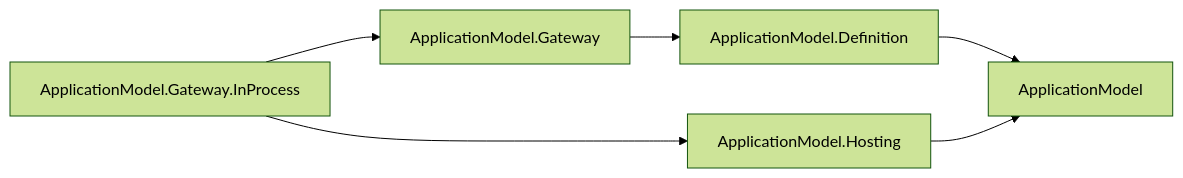
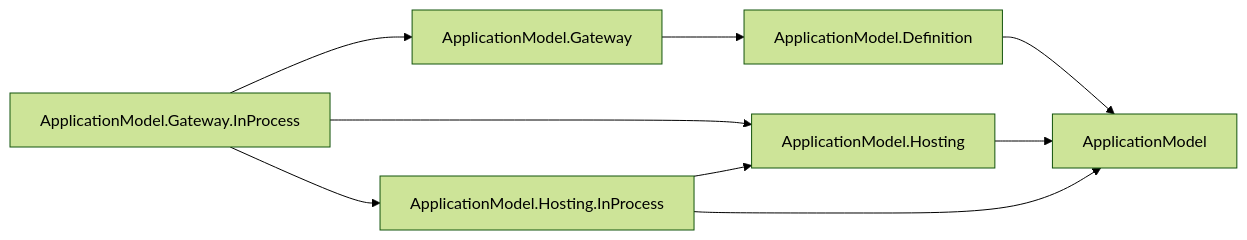
Before and after one commit to assimalign/cohesion: the second of 27 diagrams in docs/DEPENDENCIES.md, drawn with Mermaid (forest theme). The commit also changed other lines of this file and 126 other files, not shown here.

````diff
--- a/docs/DEPENDENCIES.md
+++ b/docs/DEPENDENCIES.md
@@ -157,13 +157,17 @@
 ```mermaid
 flowchart LR
     N0["ApplicationModel"]
     N1["ApplicationModel.Definition"]
     N2["ApplicationModel.Gateway"]
     N3["ApplicationModel.Gateway.InProcess"]
     N4["ApplicationModel.Hosting"]
+    N5["ApplicationModel.Hosting.InProcess"]
     N1 --> N0
     N2 --> N1
     N3 --> N2
     N3 --> N4
+    N3 --> N5
     N4 --> N0
+    N5 --> N0
+    N5 --> N4
 ```
````
